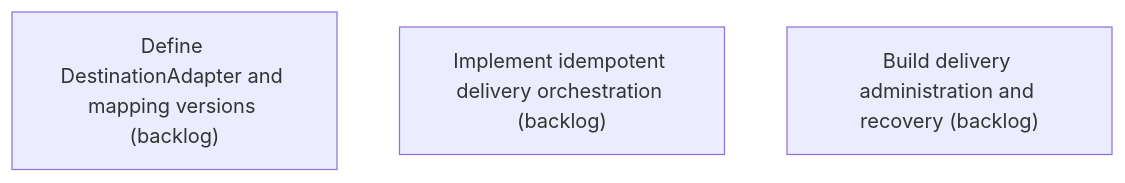
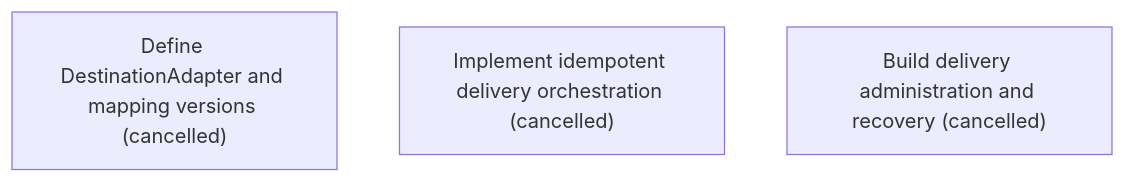
The diagram in .skyhook/plan/epics/EFY7ZB4SPHCZ2ENT9CC2JE72RH.md (asadayoub/Evidentia), drawn with Mermaid before and after one commit. The commit also changed other lines of this file and 54 other files, not shown here.

Commit message:
docs(skyhook): adopt interaction-first delivery roadmap

````diff
--- a/.skyhook/plan/epics/EFY7ZB4SPHCZ2ENT9CC2JE72RH.md
+++ b/.skyhook/plan/epics/EFY7ZB4SPHCZ2ENT9CC2JE72RH.md
@@ -22,6 +22,6 @@
 ```mermaid
 flowchart TD
-    FK5B70RZFH4QSTW7Y02R1D3E1N["Define DestinationAdapter and mapping versions (backlog)"]
-    XRS5S2GBBCPV9Q9CCN2DXBJ2G3["Implement idempotent delivery orchestration (backlog)"]
-    0C4PR416ZZ5WCA73DMBZFK87CY["Build delivery administration and recovery (backlog)"]
+    FK5B70RZFH4QSTW7Y02R1D3E1N["Define DestinationAdapter and mapping versions (cancelled)"]
+    XRS5S2GBBCPV9Q9CCN2DXBJ2G3["Implement idempotent delivery orchestration (cancelled)"]
+    0C4PR416ZZ5WCA73DMBZFK87CY["Build delivery administration and recovery (cancelled)"]
 ```
````
